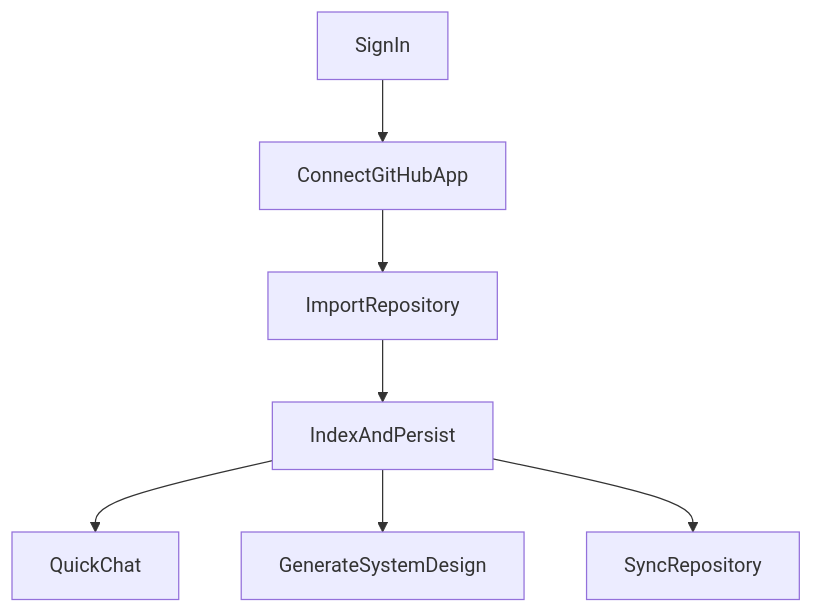
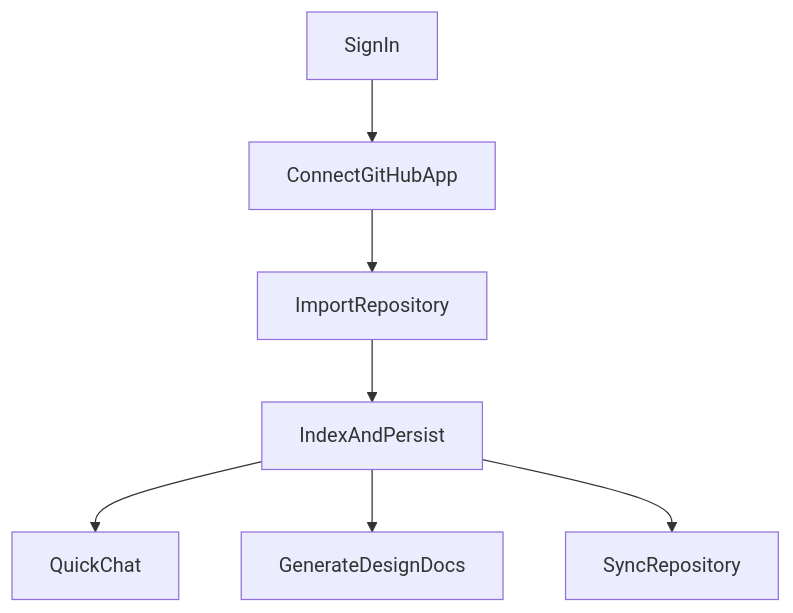
The second of 2 diagrams in docs/core/system-overview.md (EricTsai83/systify), drawn with Mermaid before and after one commit. The commit also changed other lines of this file and 39 other files, not shown here.

First line of the commit message:
Rename System Design workflow to Design Docs and clarify job append beha

````diff
--- a/docs/core/system-overview.md
+++ b/docs/core/system-overview.md
@@ -148,17 +148,17 @@
 ```mermaid
 flowchart TD
   SignIn[SignIn]
   ConnectGitHub[ConnectGitHubApp]
   ImportRepo[ImportRepository]
   IndexRepo[IndexAndPersist]
   ChatQuick[QuickChat]
-  GenerateSystemDesign[GenerateSystemDesign]
+  GenerateDesignDocs[GenerateDesignDocs]
   SyncRepo[SyncRepository]
 
   SignIn --> ConnectGitHub
   ConnectGitHub --> ImportRepo
   ImportRepo --> IndexRepo
   IndexRepo --> ChatQuick
-  IndexRepo --> GenerateSystemDesign
+  IndexRepo --> GenerateDesignDocs
   IndexRepo --> SyncRepo
 ```
````
